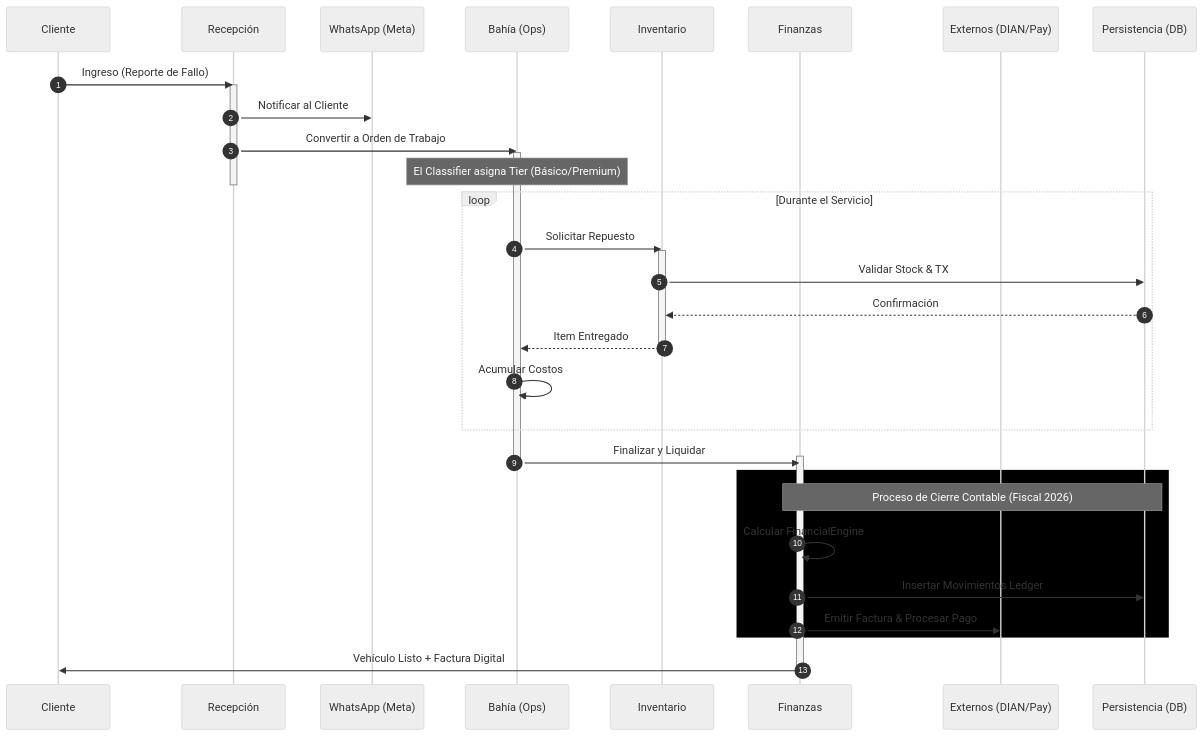
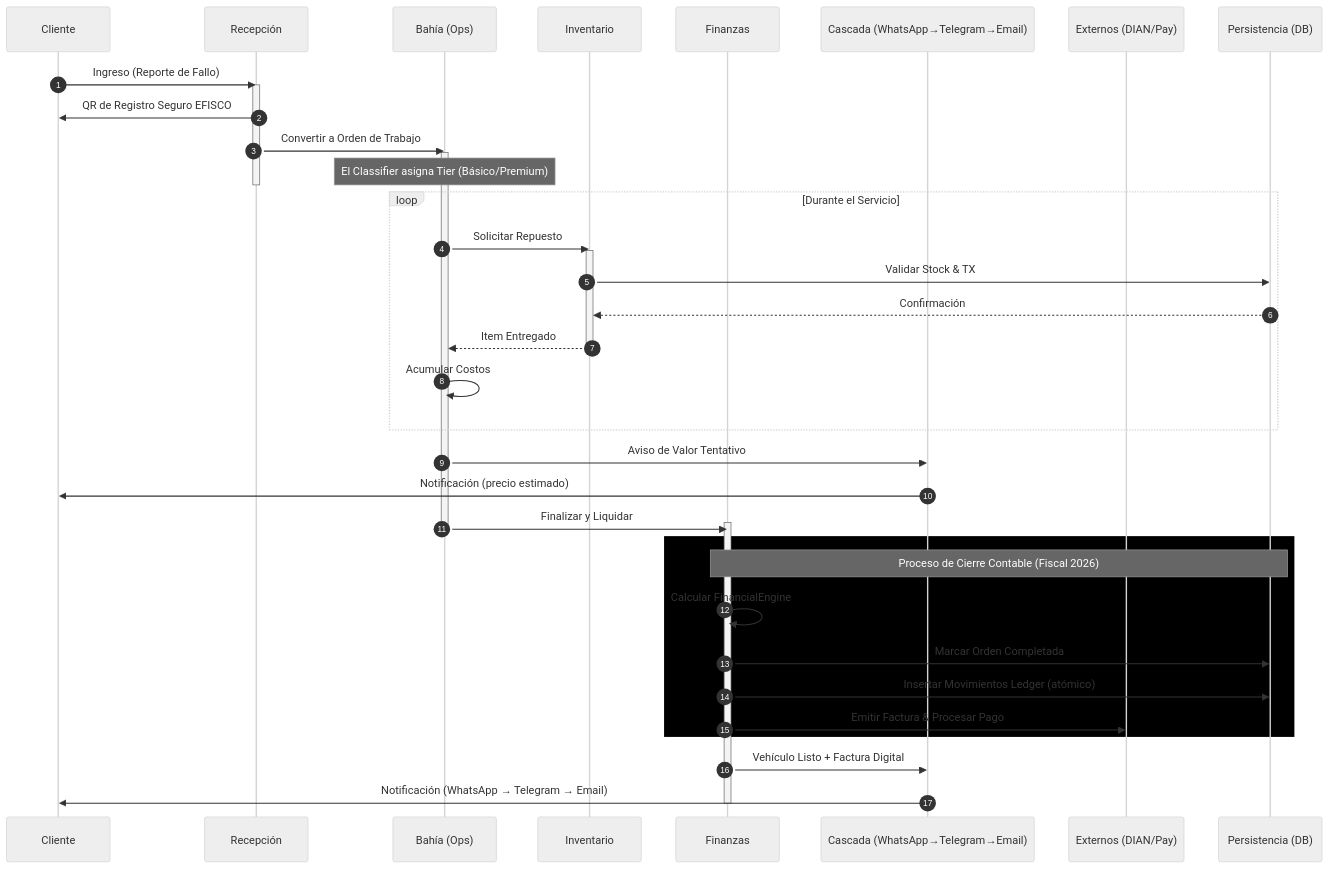
The second of 3 diagrams in ARCHITECTURE.md (brandonjimenez21/efiscoDocumentation), drawn with Mermaid (neutral theme) before and after one commit. The commit also changed other lines of this file, not shown here.

````diff
--- a/ARCHITECTURE.md
+++ b/ARCHITECTURE.md
@@ -67,44 +84,49 @@
 ```mermaid
 sequenceDiagram
     autonumber
     participant C as Cliente
     participant R as Recepción
-    participant WA as WhatsApp (Meta)
     participant B as Bahía (Ops)
     participant I as Inventario
     participant F as Finanzas
+    participant MSG as Cascada (WhatsApp→Telegram→Email)
     participant EXT as Externos (DIAN/Pay)
     participant DB as Persistencia (DB)
 
     C->>R: Ingreso (Reporte de Fallo)
     activate R
-    R->>WA: Notificar al Cliente
+    R->>C: QR de Registro Seguro EFISCO
     R->>B: Convertir a Orden de Trabajo
     activate B
     Note over B: El Classifier asigna Tier (Básico/Premium)
     deactivate R
 
     loop Durante el Servicio
         B->>I: Solicitar Repuesto
         activate I
         I->>DB: Validar Stock & TX
         DB-->>I: Confirmación
         I-->>B: Item Entregado
         deactivate I
         B->>B: Acumular Costos
     end
 
+    B->>MSG: Aviso de Valor Tentativo
+    MSG->>C: Notificación (precio estimado)
+
     B->>F: Finalizar y Liquidar
     activate F
     deactivate B
 
     rect rgb(0, 0, 0)
         Note over F, DB: Proceso de Cierre Contable (Fiscal 2026)
         F->>F: Calcular FinancialEngine
-        F->>DB: Insertar Movimientos Ledger
+        F->>DB: Marcar Orden Completada
+        F->>DB: Insertar Movimientos Ledger (atómico)
         F->>EXT: Emitir Factura & Procesar Pago
     end
 
-    F->>C: Vehículo Listo + Factura Digital
+    F->>MSG: Vehículo Listo + Factura Digital
+    MSG->>C: Notificación (WhatsApp → Telegram → Email)
     deactivate F
 ```
````
